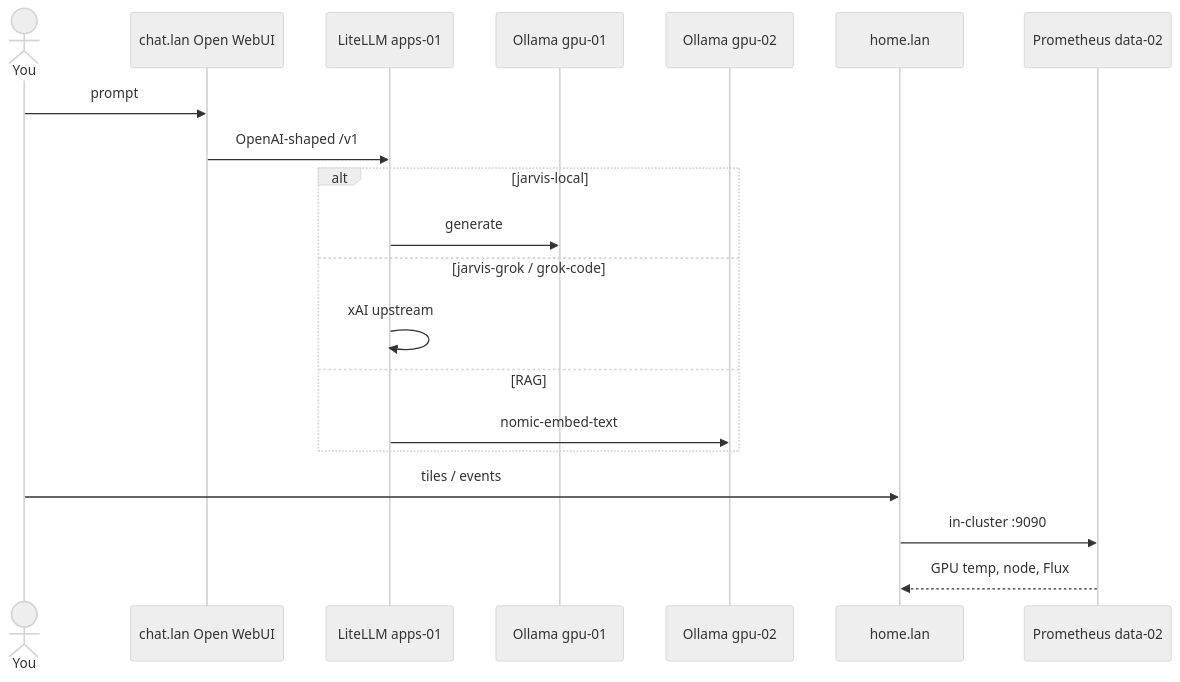
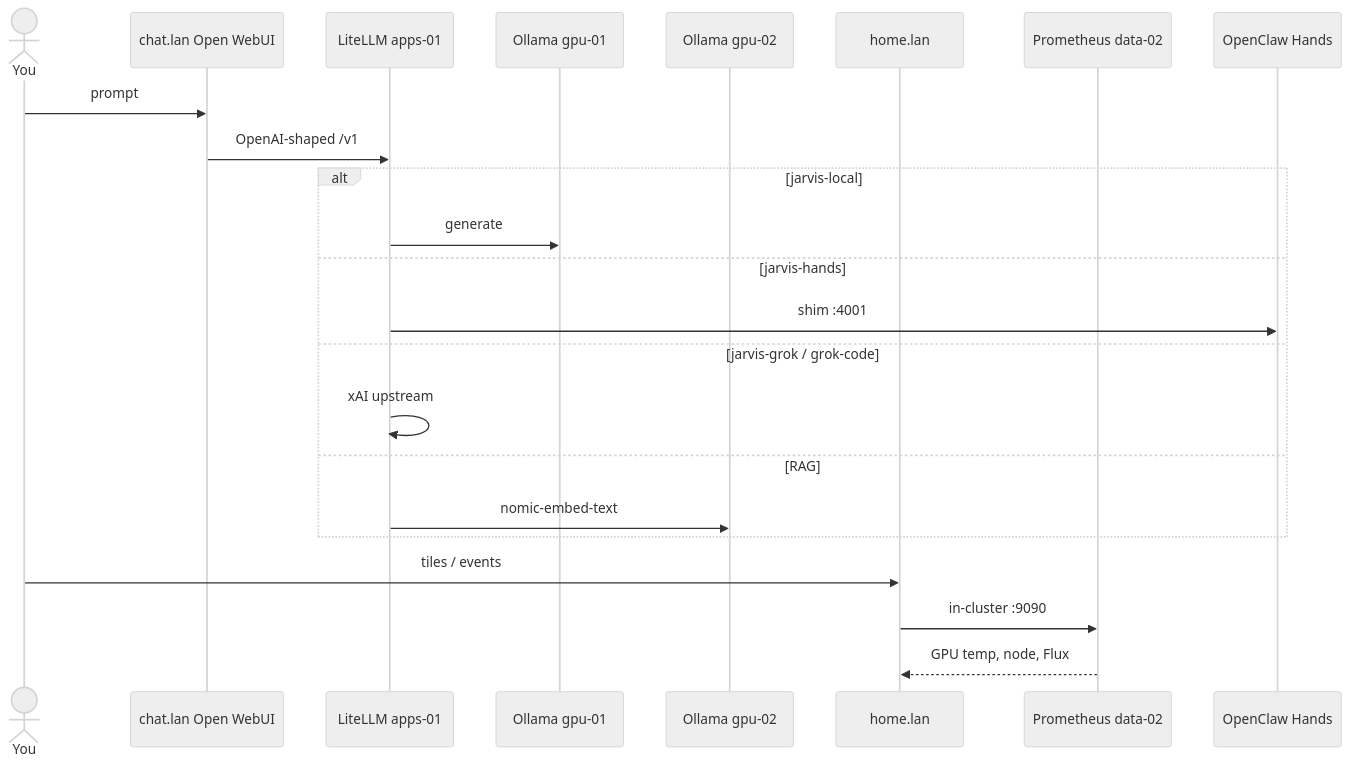
One commit to gordoncooper/jarvis-cluster changed the third of 4 diagrams in README.md. Above: the diagram before and after it, drawn with Mermaid (neutral theme).

Commit message:
docs: mermaid Hands path (jarvis-hands shim)

````diff
--- a/README.md
+++ b/README.md
@@ -63,22 +63,25 @@
 ```mermaid
 sequenceDiagram
   actor You
   participant Chat as chat.lan Open WebUI
   participant LLM as LiteLLM apps-01
   participant Local as Ollama gpu-01
   participant Embed as Ollama gpu-02
   participant Home as home.lan
   participant Prom as Prometheus data-02
+  participant Claw as OpenClaw Hands
   You->>Chat: prompt
   Chat->>LLM: OpenAI-shaped /v1
   alt jarvis-local
     LLM->>Local: generate
+  else jarvis-hands
+    LLM->>Claw: shim :4001
   else jarvis-grok / grok-code
     LLM->>LLM: xAI upstream
   else RAG
     LLM->>Embed: nomic-embed-text
   end
   You->>Home: tiles / events
   Home->>Prom: in-cluster :9090
   Prom-->>Home: GPU temp, node, Flux
 ```
````
